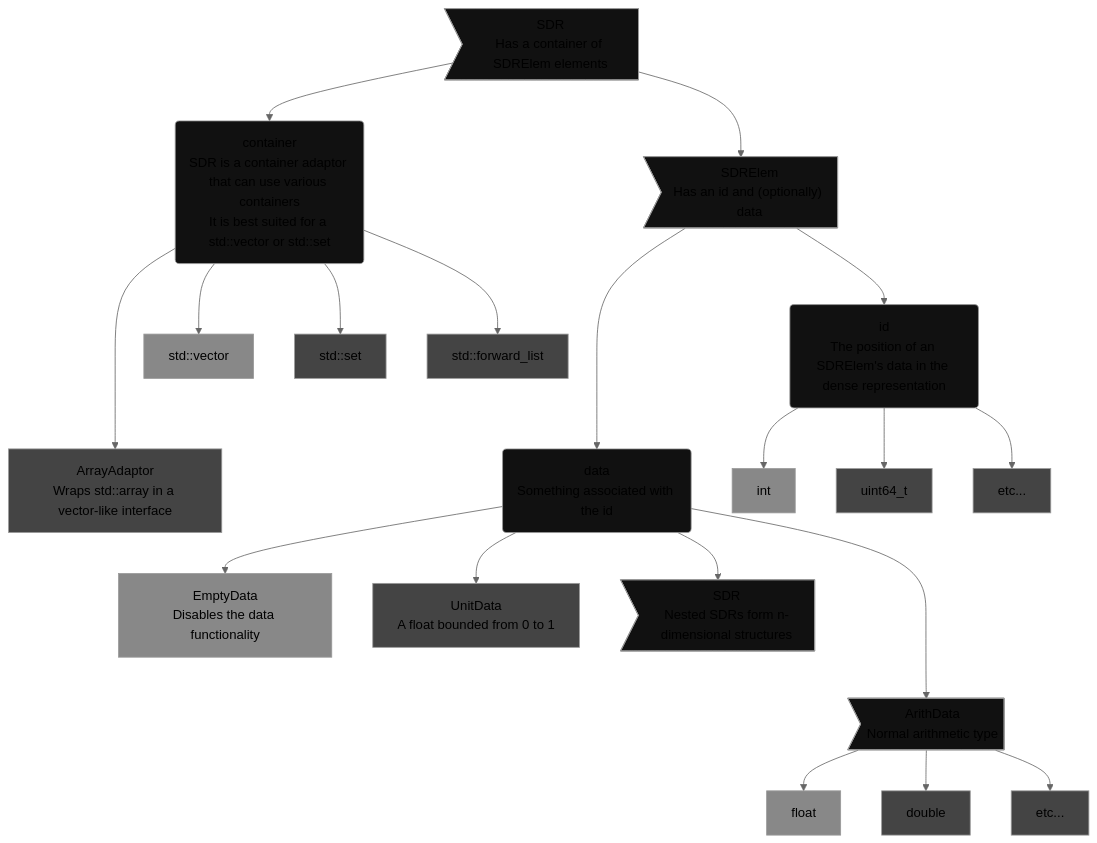
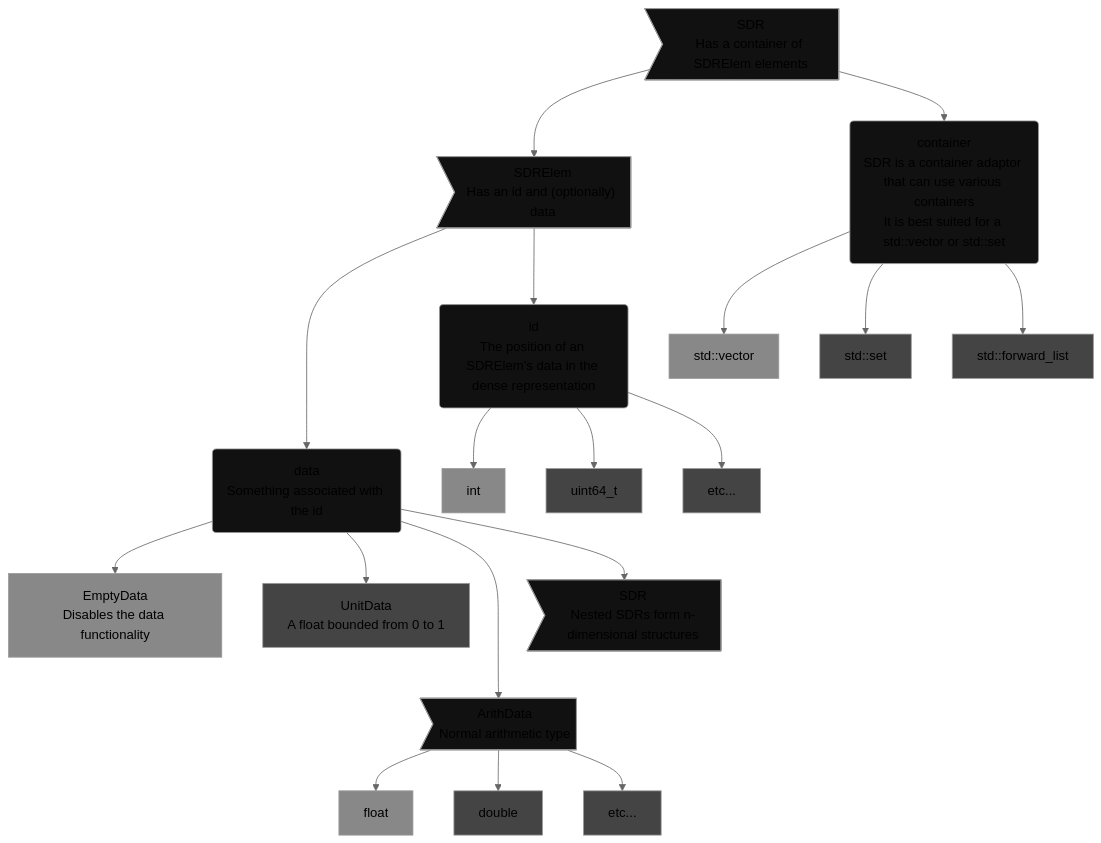
One commit to jagprog5/SDR changed the second of 2 diagrams in README.md. Above: the diagram before and after it, drawn with Mermaid (neutral theme). The commit also changed 11 other files, not shown here.

Commit message:
remove ArrayAdaptor

````diff
--- a/README.md
+++ b/README.md
@@ -105,61 +105,58 @@
 ```mermaid
 flowchart TB
     SDR>"SDR\nHas a container of SDRElem elements"]
     SDRElem>"SDRElem\nHas an id and (optionally) data"]
     container("container\nSDR is a container adaptor that can use various containers\nIt is best suited for a std::vector or std::set")
-    ArrayAdaptor["ArrayAdaptor\nWraps std::array in a vector-like interface"]
     EmptyData["EmptyData\nDisables the data functionality"]
     UnitData["UnitData\nA float bounded from 0 to 1"]
     ArithData>"ArithData\nNormal arithmetic type"]
     SDR2>"SDR\nNested SDRs form n-dimensional structures"]
     id("id\nThe position of an SDRElem's data in the dense representation")
     data("data\nSomething associated with the id")
 
     SDR-->SDRElem
     SDR-->container
     container-->std::vector
     container-->std::set
     container-->std::forward_list
-    container--->ArrayAdaptor
 
     SDRElem--->data
     SDRElem-->id
 
     id-->int
     id-->uint64_t
     id-->etc...
 
     data-->EmptyData
     data-->UnitData
     data--->ArithData
     data-->SDR2
 
     ArithData-->float
     ArithData-->double
     etc2["etc..."]
     ArithData-->etc2
 
 style SDR fill:#111
 style container fill:#111
 style SDRElem fill:#111
 style id fill:#111
 style data fill:#111
 
-style ArrayAdaptor fill:#444
 style std::set fill:#444
 style std::forward_list fill:#444
 style UnitData fill:#444
 style ArithData fill:#111
 style uint64_t fill:#444
 style etc... fill:#444
 style SDR2 fill:#111
 
 style std::vector fill:#888
 style EmptyData fill:#888
 style int fill:#888
 
 style float fill:#888
 style double fill:#444
 style etc2 fill:#444
 
 ```
````
